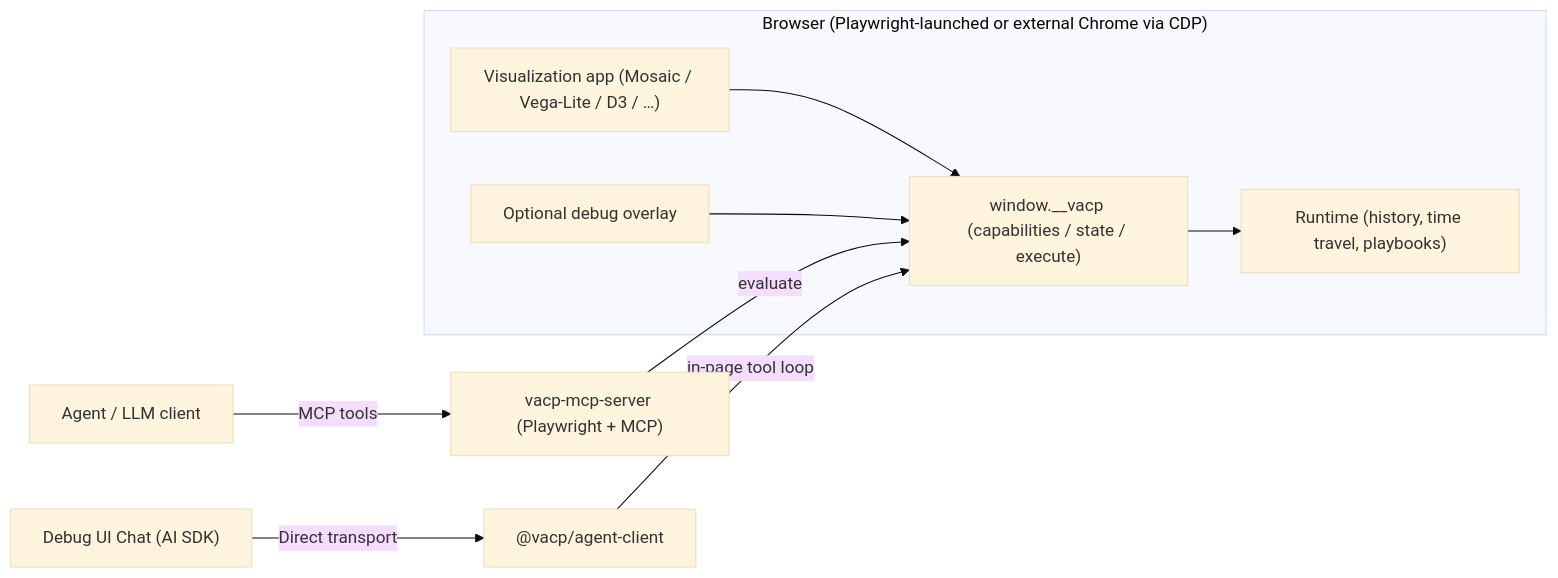
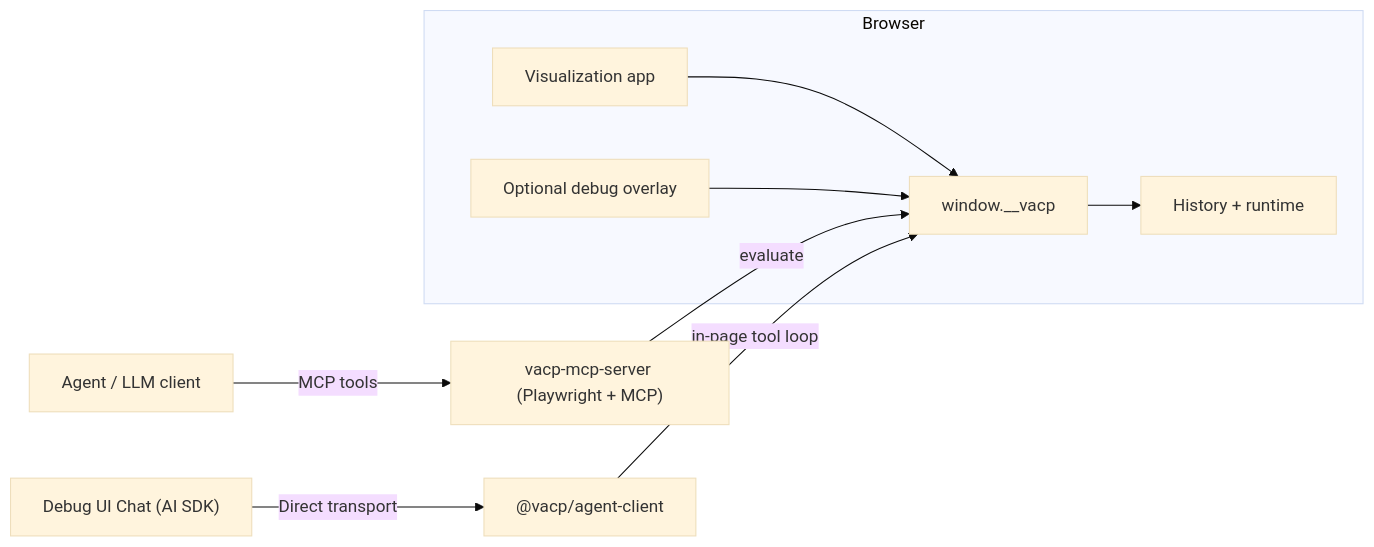
Before and after one commit to ETH-IVIA-Lab/VACP: the diagram in ARCHITECTURE.md, drawn with Mermaid (base theme). The commit also changed other lines of this file and 12 other files, not shown here.

````diff
--- a/ARCHITECTURE.md
+++ b/ARCHITECTURE.md
@@ -17,19 +7,19 @@
 ```mermaid
 flowchart LR
   Agent["Agent / LLM client"] -->|MCP tools| MCP["vacp-mcp-server (Playwright + MCP)"]
   DebugChat["Debug UI Chat (AI SDK)"] -->|Direct transport| ClientAgent["@vacp/agent-client"]
 
-  subgraph Browser["Browser (Playwright-launched or external Chrome via CDP)"]
-    App["Visualization app (Mosaic / Vega-Lite / D3 / …)"]
-    Bridge["window.__vacp (capabilities / state / execute)"]
-    Runtime["Runtime (history, time travel, playbooks)"]
+  subgraph Browser["Browser"]
+    App["Visualization app"]
+    Bridge["window.__vacp"]
+    Runtime["History + runtime"]
     Debug["Optional debug overlay"]
 
     App --> Bridge
     Bridge --> Runtime
     Debug --> Bridge
   end
 
   MCP -->|evaluate| Bridge
   ClientAgent -->|in-page tool loop| Bridge
 ```
````
